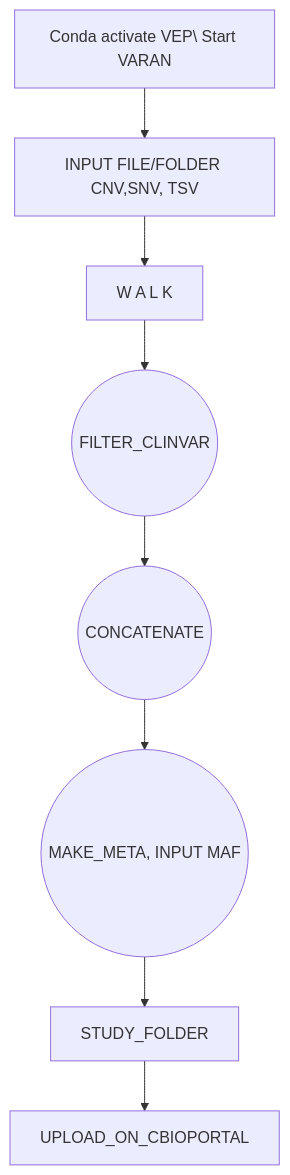
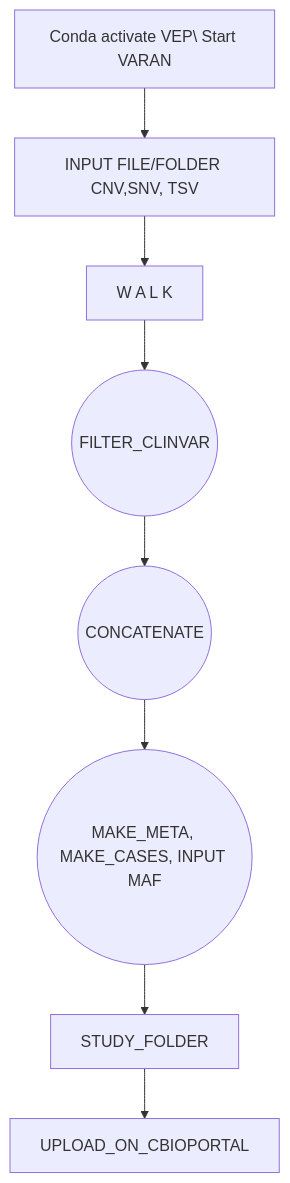
The first of 2 diagrams in README.md (bioinformatics-policlinicogemelli/Varan-Release), drawn with Mermaid before and after one commit. The commit also changed other lines of this file, not shown here.

Commit message:
Update README.md
updated Mermaid workflow chart

````diff
--- a/README.md
+++ b/README.md
@@ -88,10 +88,10 @@
 ```mermaid
 flowchart  TD
-A[Conda activate VEP\ Start VARAN]  --> B[INPUT FILE/FOLDER CNV,SNV, TSV]
+A[Conda activate VEP\ Start VARAN]  --> B[FOLDER CNV,SNV, TSV]
 B[INPUT FILE/FOLDER CNV,SNV, TSV] -->  C[W A L K] 
 C[W A L K] --> D((FILTER_CLINVAR))
 D((FILTER_CLINVAR)) --> E((CONCATENATE)) 
-E((CONCATENATE)) --> F((MAKE_META, INPUT MAF))
+E((CONCATENATE)) --> F((MAKE_META, MAKE_CASES, INPUT MAF))
  F --> U[STUDY_FOLDER]
 U --> G[UPLOAD_ON_CBIOPORTAL]
 ```
````
